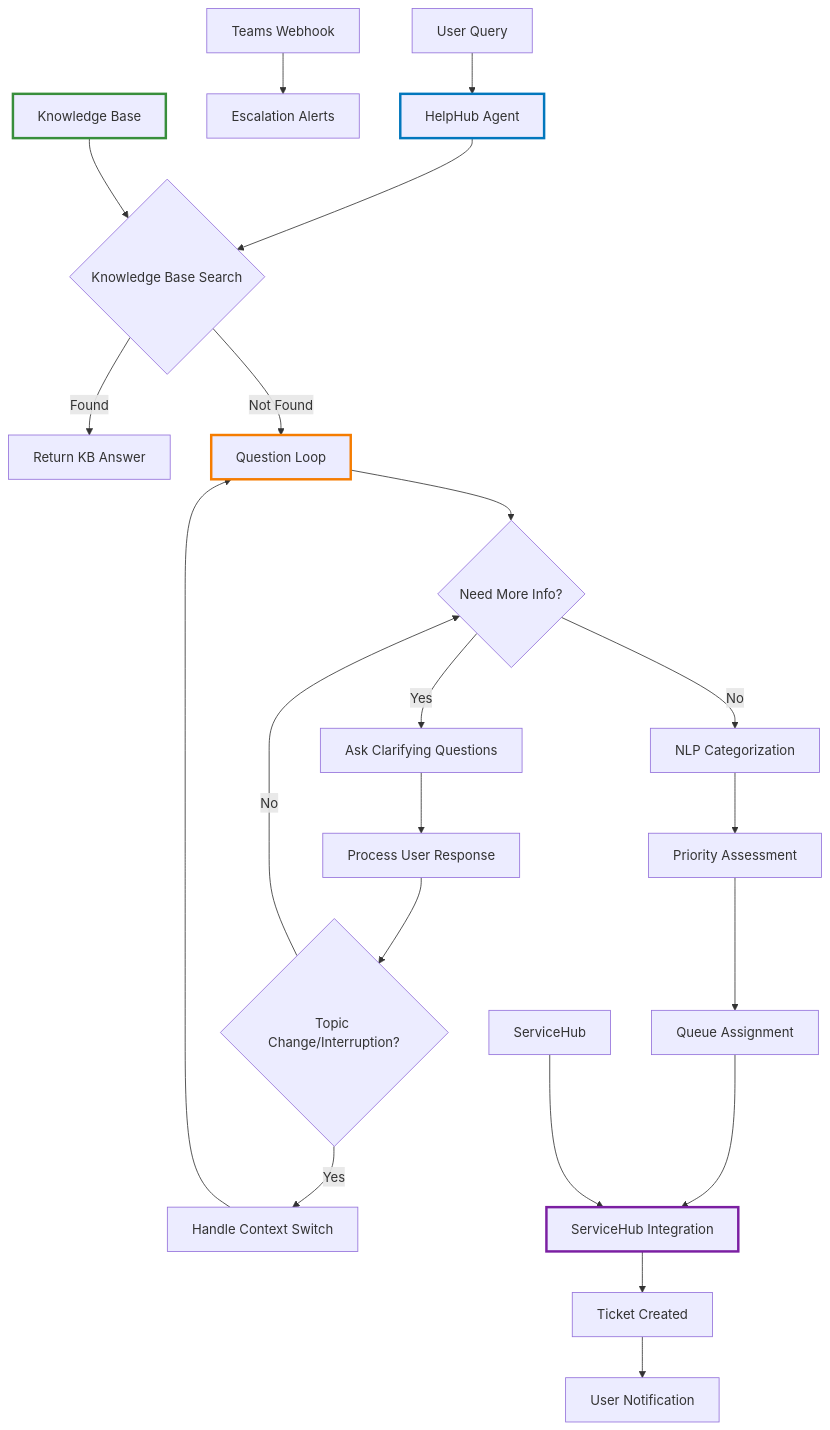
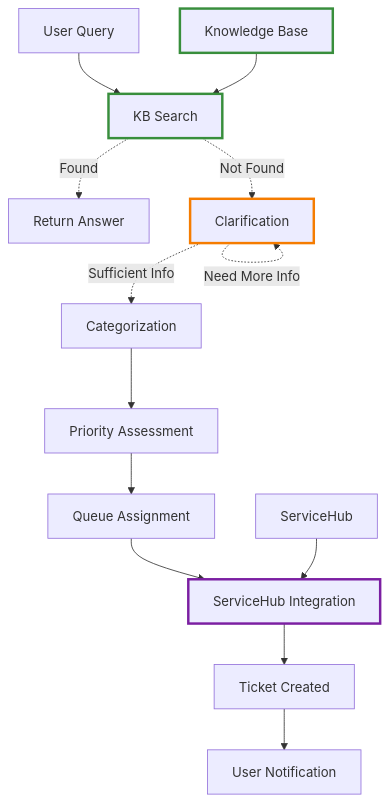
One commit to dextersjab/agentic-workbench-langgraph changed the first of 7 diagrams in README.md. Above: the diagram before and after it, drawn with Mermaid. The commit also changed other lines of this file and 1 other file, not shown here.

````diff
--- a/README.md
+++ b/README.md
@@ -42,29 +42,21 @@
 ```mermaid
 graph TD
-    A[User Query] --> B[HelpHub Agent]
-    B --> C{Knowledge Base Search}
-    C -->|Found| D[Return KB Answer]
-    C -->|Not Found| E[Question Loop]
-    E --> F{Need More Info?}
-    F -->|Yes| G[Ask Clarifying Questions]
-    G --> H[Process User Response]
-    H --> I{Topic Change/Interruption?}
-    I -->|Yes| J[Handle Context Switch]
-    J --> E
-    I -->|No| F
-    F -->|No| K[NLP Categorization]
-    K --> L[Priority Assessment]
-    L --> M[Queue Assignment]
-    M --> N[ServiceHub Integration]
-    N --> O[Ticket Created]
-    O --> P[User Notification]
+    A[User Query] --> B[KB Search]
+    B -.->|Found| C[Return Answer]
+    B -.->|Not Found| D[Clarification]
+    D -.->|Sufficient Info| E[Categorization]
+    D -.->|Need More Info| D
+    E --> F[Priority Assessment] 
+    F --> G[Queue Assignment]
+    G --> H[ServiceHub Integration]
+    H --> I[Ticket Created]
+    I --> J[User Notification]
     
-    Q[ServiceHub] --> N
-    R[Teams Webhook] --> S[Escalation Alerts]
-    T[Knowledge Base] --> C
+    K[ServiceHub] --> H
+    L[Knowledge Base] --> B
     
-    style B stroke:#0277bd,stroke-width:3px
-    style E stroke:#f57c00,stroke-width:3px
-    style N stroke:#7b1fa2,stroke-width:3px
-    style T stroke:#388e3c,stroke-width:3px
+    style B stroke:#388e3c,stroke-width:3px
+    style D stroke:#f57c00,stroke-width:3px
+    style H stroke:#7b1fa2,stroke-width:3px
+    style L stroke:#388e3c,stroke-width:3px
 ```
````
